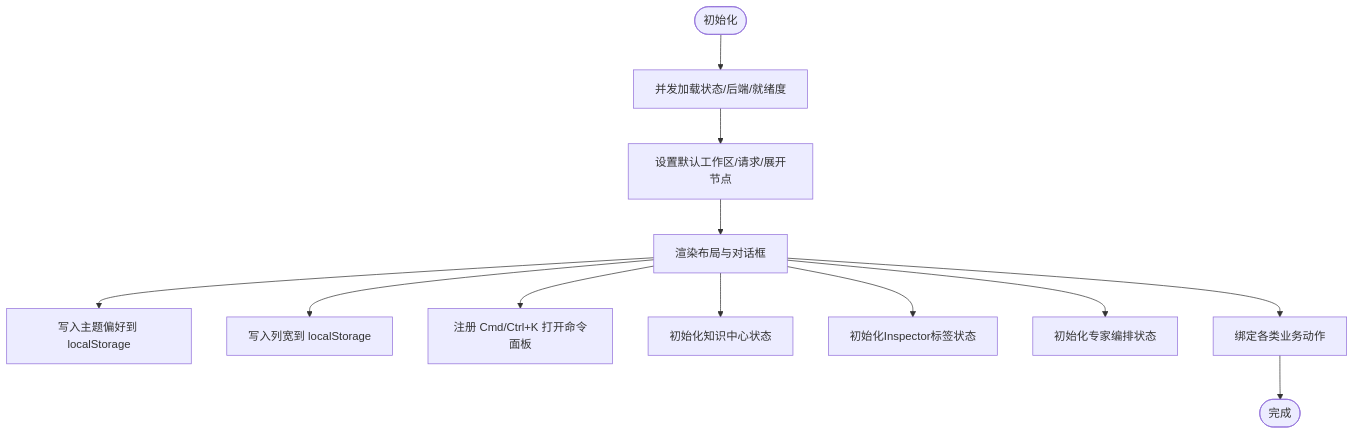
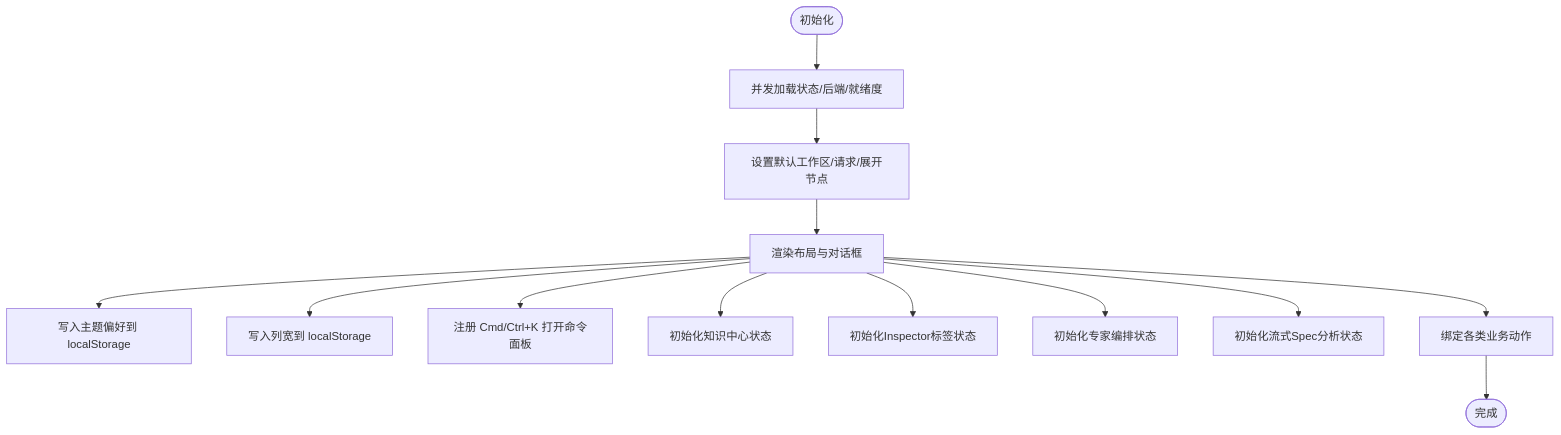
The third of 23 diagrams in .qoder/repowiki/zh/content/Web 前端应用/Web 前端应用.md (coconilu/RepoHelm), drawn with Mermaid before and after one commit. The commit also changed other lines of this file and 7 other files, not shown here.

````diff
--- a/.qoder/repowiki/zh/content/Web 前端应用/Web 前端应用.md
+++ b/.qoder/repowiki/zh/content/Web 前端应用/Web 前端应用.md
@@ -325,14 +344,15 @@
 ```mermaid
 flowchart TD
 Start(["初始化"]) --> Load["并发加载状态/后端/就绪度"]
 Load --> SetDefaults["设置默认工作区/请求/展开节点"]
 SetDefaults --> Render["渲染布局与对话框"]
 Render --> ThemePersist["写入主题偏好到 localStorage"]
 Render --> WidthPersist["写入列宽到 localStorage"]
 Render --> Hotkey["注册 Cmd/Ctrl+K 打开命令面板"]
 Render --> KnowledgeState["初始化知识中心状态"]
 Render --> InspectorState["初始化Inspector标签状态"]
 Render --> ExpertState["初始化专家编排状态"]
+Render --> StreamingState["初始化流式Spec分析状态"]
 Render --> Actions["绑定各类业务动作"]
 Actions --> End(["完成"])
 ```
````
